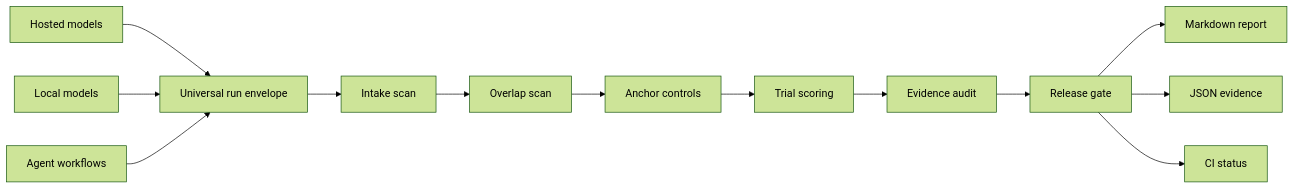
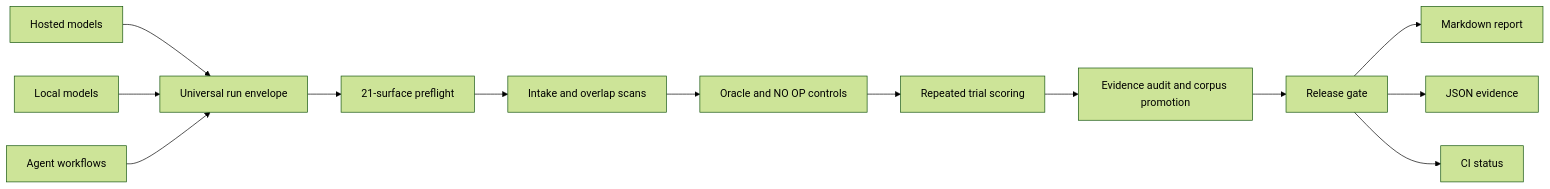
The diagram in docs/architecture.md (dktrn9ne/proofrail-ai-evals), drawn with Mermaid (forest theme) before and after one commit. The commit also changed 17 other files, not shown here.

Commit message:
Add preflight controls and regression corpus

````diff
--- a/docs/architecture.md
+++ b/docs/architecture.md
@@ -5,15 +5,15 @@
 ```mermaid
 flowchart LR
     A[Hosted models] --> D[Universal run envelope]
     B[Local models] --> D
     C[Agent workflows] --> D
-    D --> E[Intake scan]
-    E --> F[Overlap scan]
-    F --> G[Anchor controls]
-    G --> H[Trial scoring]
-    H --> I[Evidence audit]
+    D --> E[21-surface preflight]
+    E --> F[Intake and overlap scans]
+    F --> G[Oracle and NO OP controls]
+    G --> H[Repeated trial scoring]
+    H --> I[Evidence audit and corpus promotion]
     I --> J[Release gate]
     J --> K[Markdown report]
     J --> L[JSON evidence]
     J --> M[CI status]
 ```
````
